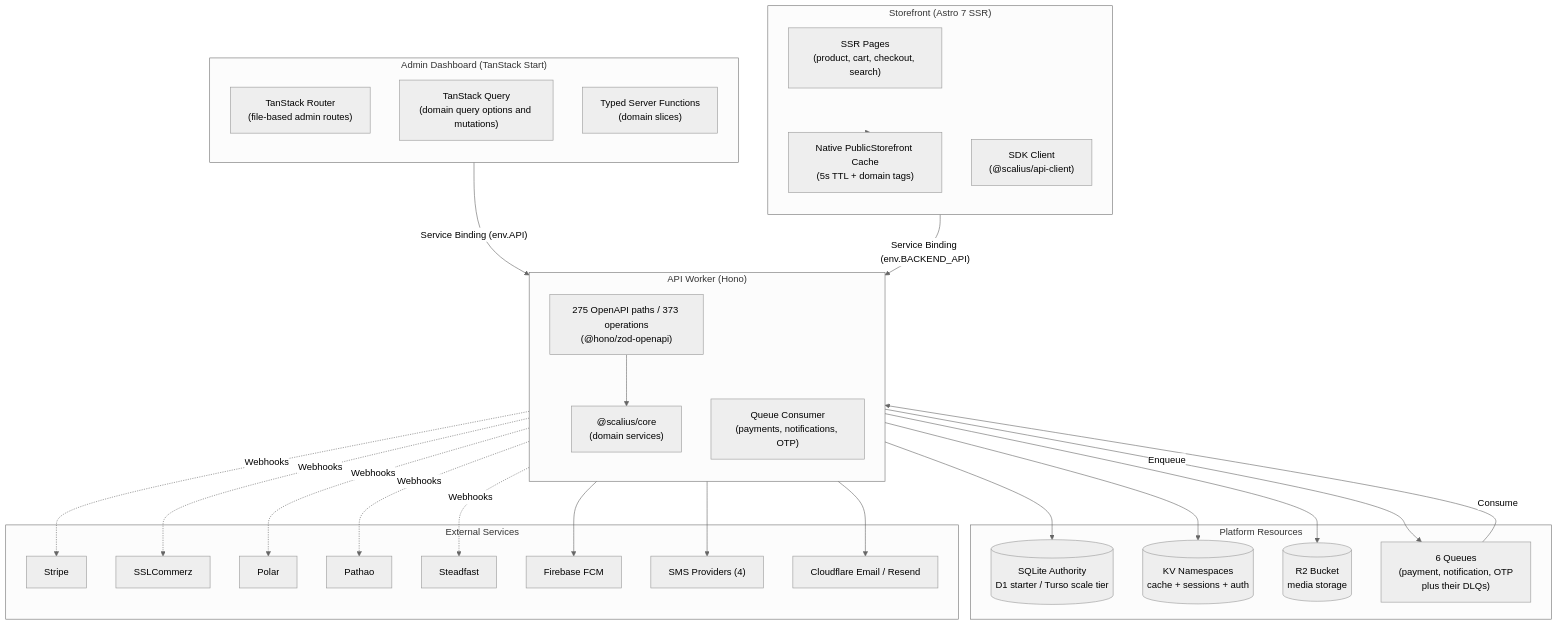
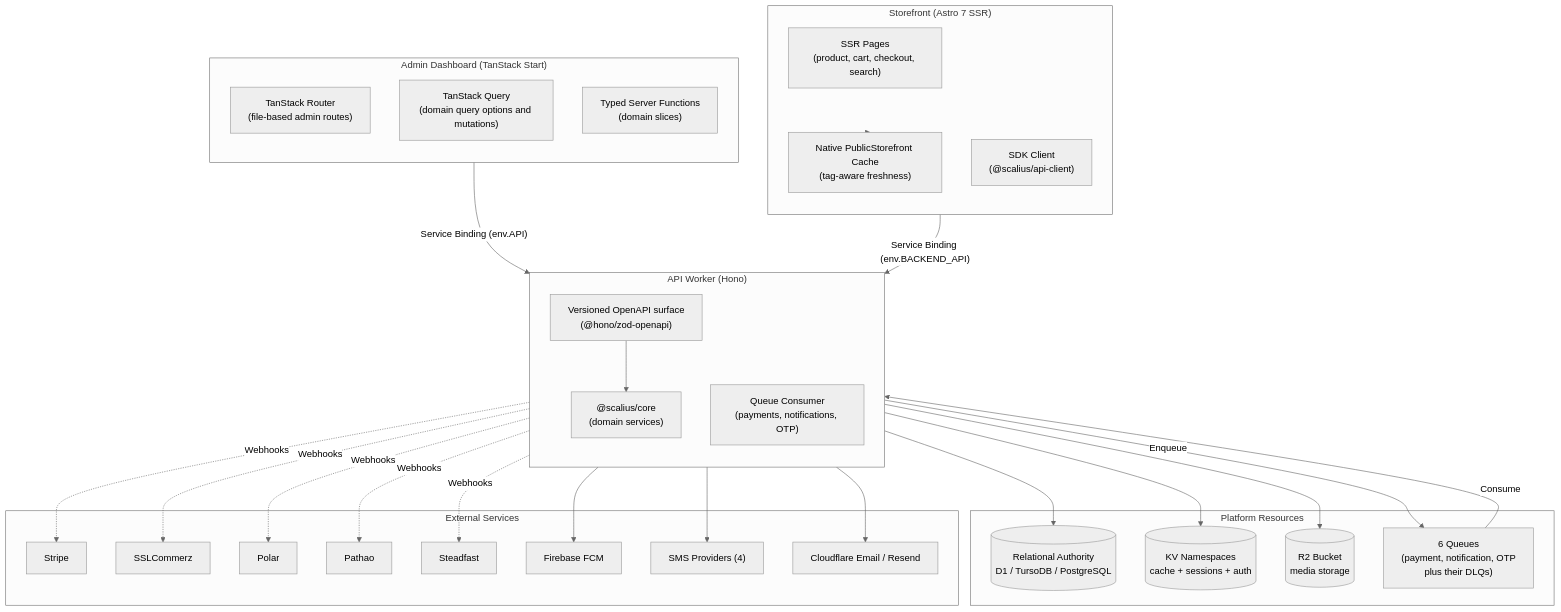
The first of 3 diagrams in README.md (scaliuslabs/scalius-commerce-lite), drawn with Mermaid (neutral theme) before and after one commit. The commit also changed other lines of this file and 146 other files, not shown here.

````diff
--- a/README.md
+++ b/README.md
@@ -86,60 +87,60 @@
 ```mermaid
 flowchart TB
     subgraph AdminV2 ["Admin Dashboard (TanStack Start)"]
         direction TB
         TSRouter["TanStack Router<br/>(file-based admin routes)"]
         TSQuery["TanStack Query<br/>(domain query options and mutations)"]
         ServerFns["Typed Server Functions<br/>(domain slices)"]
     end
 
     subgraph Storefront ["Storefront (Astro 7 SSR)"]
         direction TB
         AstroPages["SSR Pages<br/>(product, cart, checkout, search)"]
-        EdgeCache["Native PublicStorefront Cache<br/>(5s TTL + domain tags)"]
+        EdgeCache["Native PublicStorefront Cache<br/>(tag-aware freshness)"]
         SDKClient["SDK Client<br/>(@scalius/api-client)"]
     end
 
     subgraph API ["API Worker (Hono)"]
         direction TB
-        HonoApp["275 OpenAPI paths / 373 operations<br/>(@hono/zod-openapi)"]
+        HonoApp["Versioned OpenAPI surface<br/>(@hono/zod-openapi)"]
         QueueConsumer["Queue Consumer<br/>(payments, notifications, OTP)"]
         CoreModules["@scalius/core<br/>(domain services)"]
     end
 
     subgraph Infra ["Platform Resources"]
-        SQLiteDB[(SQLite Authority<br/>D1 starter / Turso scale tier)]
+        RelationalDB[(Relational Authority<br/>D1 / TursoDB / PostgreSQL)]
         KV[(KV Namespaces<br/>cache + sessions + auth)]
         R2[(R2 Bucket<br/>media storage)]
         Queues["6 Queues<br/>(payment, notification, OTP<br/>plus their DLQs)"]
     end
 
     subgraph External ["External Services"]
         Stripe["Stripe"]
         SSLCommerz["SSLCommerz"]
         Polar["Polar"]
         Pathao["Pathao"]
         Steadfast["Steadfast"]
         Firebase["Firebase FCM"]
         SMS["SMS Providers (4)"]
         EmailProvider["Cloudflare Email / Resend"]
     end
 
     AdminV2 -->|"Service Binding (env.API)"| API
     Storefront -->|"Service Binding (env.BACKEND_API)"| API
-    API --> SQLiteDB
+    API --> RelationalDB
     API --> KV
     API --> R2
     API -->|Enqueue| Queues
     Queues -->|Consume| QueueConsumer
     QueueConsumer --> Firebase
     QueueConsumer --> SMS
     QueueConsumer --> EmailProvider
     HonoApp --> CoreModules
     Storefront --> EdgeCache
 
     API -.->|Webhooks| Stripe
     API -.->|Webhooks| SSLCommerz
     API -.->|Webhooks| Polar
     API -.->|Webhooks| Pathao
     API -.->|Webhooks| Steadfast
 ```
````
